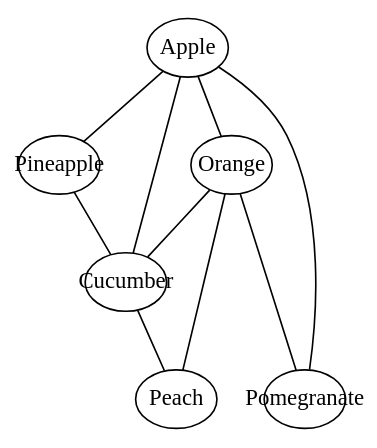
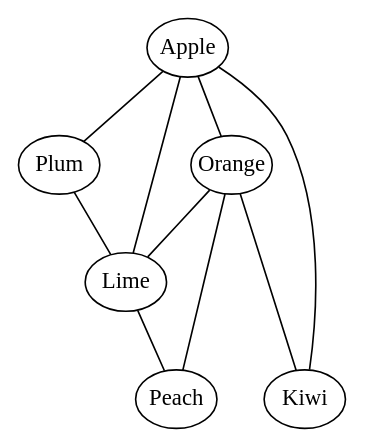
The diagram in dot/Apple_Pineapple.dot (shaazzz/GTOI), drawn with Graphviz before and after one commit.

Commit message:
Shorten fruits name

```diff
--- a/dot/Apple_Pineapple.dot
+++ b/dot/Apple_Pineapple.dot
@@ -1,23 +1,23 @@
 graph G {
     node [fixedsize=true, shape=oval, width=0.7];
 
     A [label=Apple]
-    B [label=Pineapple]
-    C [label=Cucumber]
+    B [label=Plum]
+    C [label=Lime]
     D [label=Orange]
-    E [label=Pomegranate]
+    E [label=Kiwi]
     F [label=Peach]
 
     A -- B;
     B -- C;
     A -- C;
     C -- D;
     A -- D;
     A -- E;
     D -- E;
     D -- F;
     C -- F;
 
     {rank=same; D, B}
     {rank=same; F, E}
 }
```
